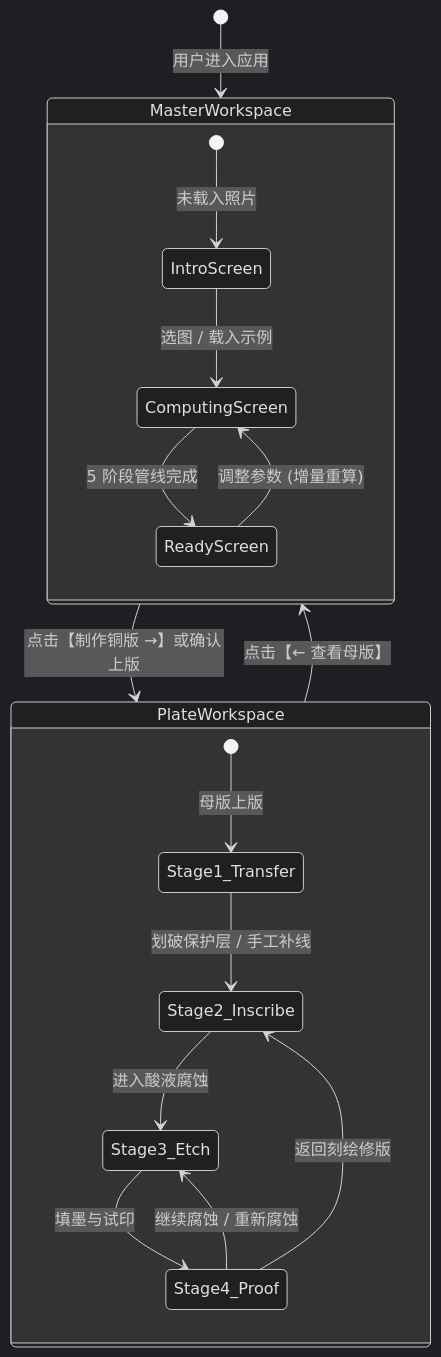
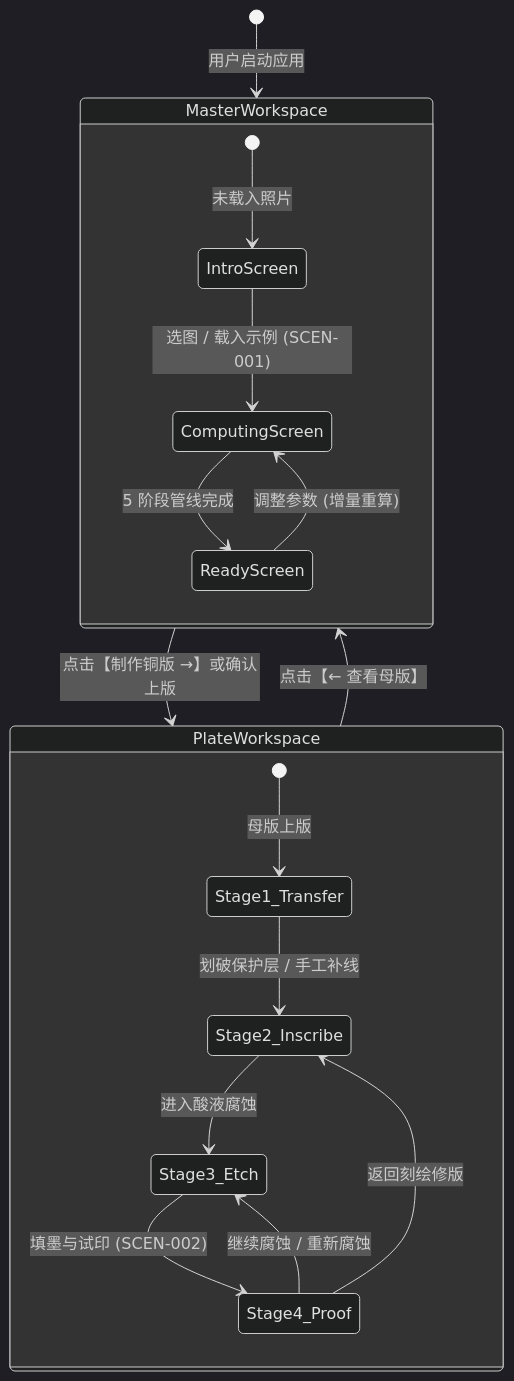
One commit to gongzhimin/Etchloom changed the first of 2 diagrams in docs/design/WORKFLOW.md. Above: the diagram before and after it, drawn with Mermaid (dark theme). The commit also changed other lines of this file and 87 other files, not shown here.

````diff
--- a/docs/design/WORKFLOW.md
+++ b/docs/design/WORKFLOW.md
@@ -13,25 +16,25 @@
 ```mermaid
 stateDiagram-v2
-    [*] --> MasterWorkspace: 用户进入应用
+    [*] --> MasterWorkspace: 用户启动应用
     
     state MasterWorkspace {
         [*] --> IntroScreen: 未载入照片
-        IntroScreen --> ComputingScreen: 选图 / 载入示例
+        IntroScreen --> ComputingScreen: 选图 / 载入示例 (SCEN-001)
         ComputingScreen --> ReadyScreen: 5 阶段管线完成
         ReadyScreen --> ComputingScreen: 调整参数 (增量重算)
     }
 
     MasterWorkspace --> PlateWorkspace: 点击【制作铜版 →】或确认上版
     
     state PlateWorkspace {
         [*] --> Stage1_Transfer: 母版上版
         Stage1_Transfer --> Stage2_Inscribe: 划破保护层 / 手工补线
         Stage2_Inscribe --> Stage3_Etch: 进入酸液腐蚀
-        Stage3_Etch --> Stage4_Proof: 填墨与试印
+        Stage3_Etch --> Stage4_Proof: 填墨与试印 (SCEN-002)
         
         Stage4_Proof --> Stage3_Etch: 继续腐蚀 / 重新腐蚀
         Stage4_Proof --> Stage2_Inscribe: 返回刻绘修版
     }
 
     PlateWorkspace --> MasterWorkspace: 点击【← 查看母版】
 ```
````
